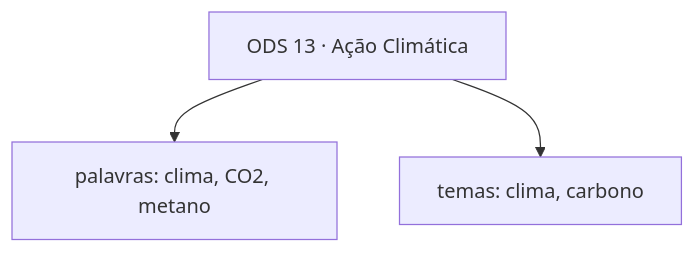
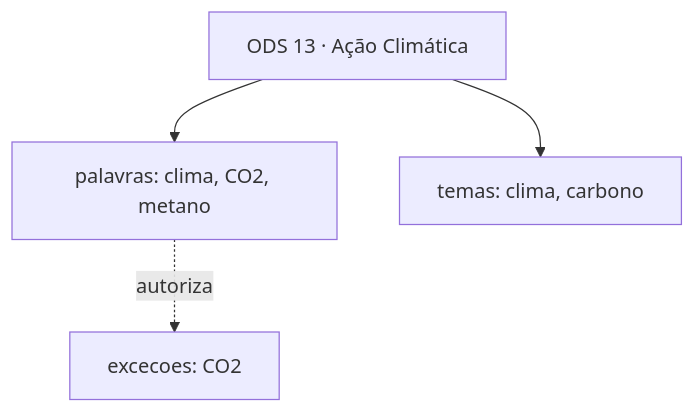
The third of 5 diagrams in docs/03-modelo-de-dados.md (frederico-mello/cv-ods-classifier), drawn with Mermaid before and after one commit. The commit also changed other lines of this file and 31 other files, not shown here.

````diff
--- a/docs/03-modelo-de-dados.md
+++ b/docs/03-modelo-de-dados.md
@@ -106,8 +139,10 @@
 ```mermaid
 flowchart TB
     ODS["ODS 13 · Ação Climática"]
     KW["palavras: clima, CO2, metano"]
     TH["temas: clima, carbono"]
+    EX["excecoes: CO2"]
     ODS --> KW
     ODS --> TH
+    KW -.autoriza.-> EX
 ```
````
